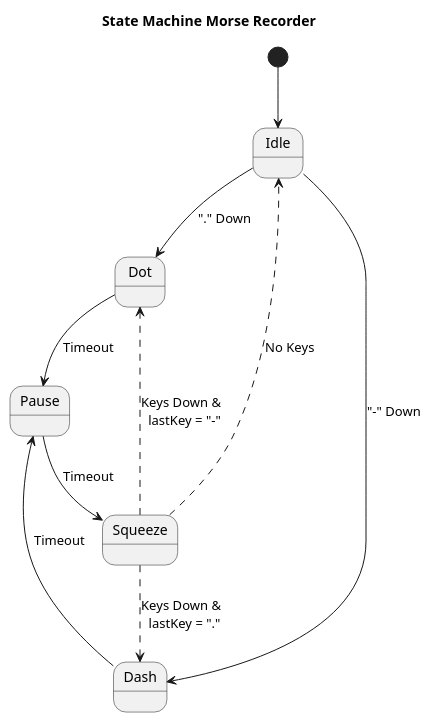
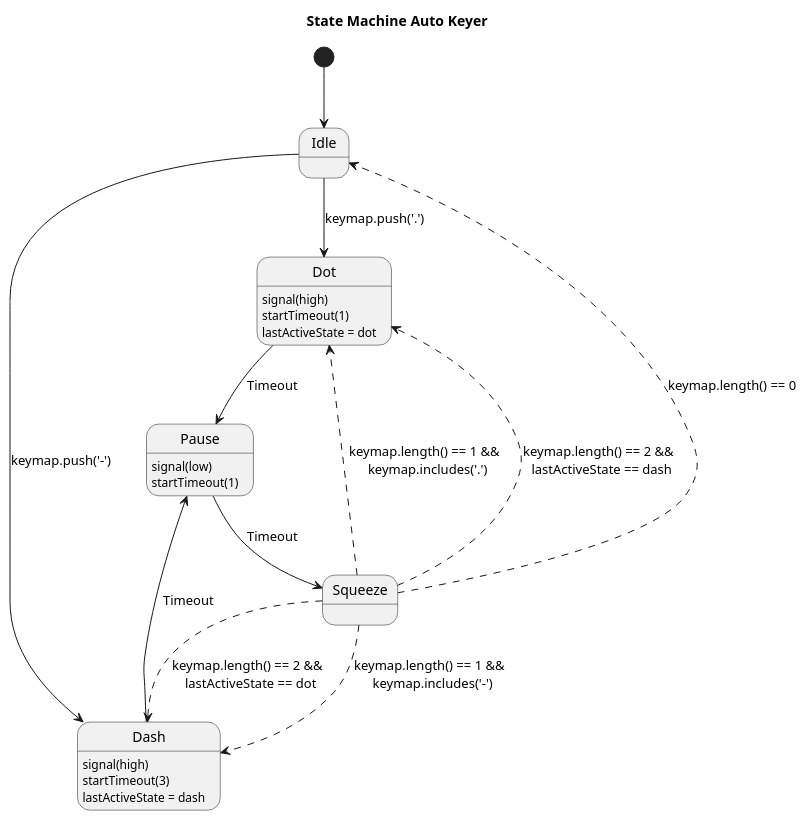
Before and after one commit to dc1rp/cw-instructor: the diagram in keyer-state-machine.puml, drawn with PlantUML. The commit also changed 2 other files, not shown here.

Commit message:
feat: add auto keyer implementaion

```diff
--- a/keyer-state-machine.puml
+++ b/keyer-state-machine.puml
@@ -1,20 +1,27 @@
 @startuml
-title State Machine Morse Recorder
+title State Machine Auto Keyer
 
 [*] --> Idle
-Idle --> Dot : "." Down
-Idle --> Dash : "-" Down
+Idle --> Dot : keymap.push('.')
+Idle --> Dash : keymap.push('-')
 Dot --> Pause : Timeout
 Dash --> Pause : Timeout
 Pause --> Squeeze : Timeout
-Squeeze -[Dashed]-> Idle : No Keys
-Squeeze -[Dashed]-> Dot : Keys Down & \n lastKey = "-"
-Squeeze -[Dashed]-> Dash : Keys Down & \n lastKey = "."
+Squeeze -[Dashed]-> Idle : keymap.length() == 0
+Squeeze -[Dashed]-> Dot : keymap.length() == 1 && \n keymap.includes('.')
+Squeeze -[Dashed]-> Dot : keymap.length() == 2 && \n lastActiveState == dash
+Squeeze -[Dashed]-> Dash : keymap.length() == 1 && \n keymap.includes('-')
+Squeeze -[Dashed]-> Dash : keymap.length() == 2 && \n lastActiveState == dot
 
 state Idle
-state Dot
-state Dash
+state Dot : signal(high)
+state Dot : startTimeout(1)
+state Dot : lastActiveState = dot
+state Dash : signal(high)
+state Dash : startTimeout(3)
+state Dash : lastActiveState = dash
 state Squeeze
-state Pause
+state Pause : signal(low)
+state Pause : startTimeout(1)
 
 @enduml
```
